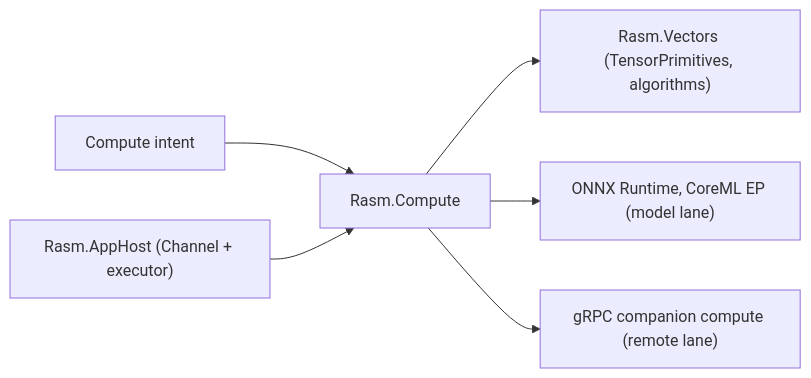
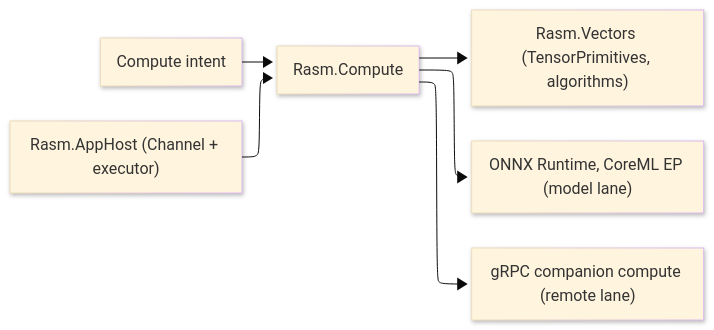
The diagram in libs/csharp/Rasm.Compute/_ARCHITECTURE.md (bsamiee/Rasm), drawn with Mermaid before and after one commit. The commit also changed other lines of this file and 153 other files, not shown here.

````diff
--- a/libs/csharp/Rasm.Compute/_ARCHITECTURE.md
+++ b/libs/csharp/Rasm.Compute/_ARCHITECTURE.md
@@ -7,8 +7,20 @@
 ```mermaid
+---
+config:
+  layout: elk
+  look: neo
+  theme: base
+  elk:
+    mergeEdges: false
+    nodePlacementStrategy: BRANDES_KOEPF
+    cycleBreakingStrategy: GREEDY_MODEL_ORDER
+---
 flowchart LR
+    accTitle: Rasm Compute measured execution boundary
+    accDescr: Compute intent enters Rasm Compute, which wraps Rasm.Vectors algorithms, model execution, and companion remote compute while AppHost owns the channel and executor.
     Request["Compute intent"] --> Compute["Rasm.Compute"]
     Compute --> Vectors["Rasm.Vectors (TensorPrimitives, algorithms)"]
     Compute --> Model["ONNX Runtime, CoreML EP (model lane)"]
     Compute --> Remote["gRPC companion compute (remote lane)"]
     AppHost["Rasm.AppHost (Channel + executor)"] --> Compute
 ```
````
